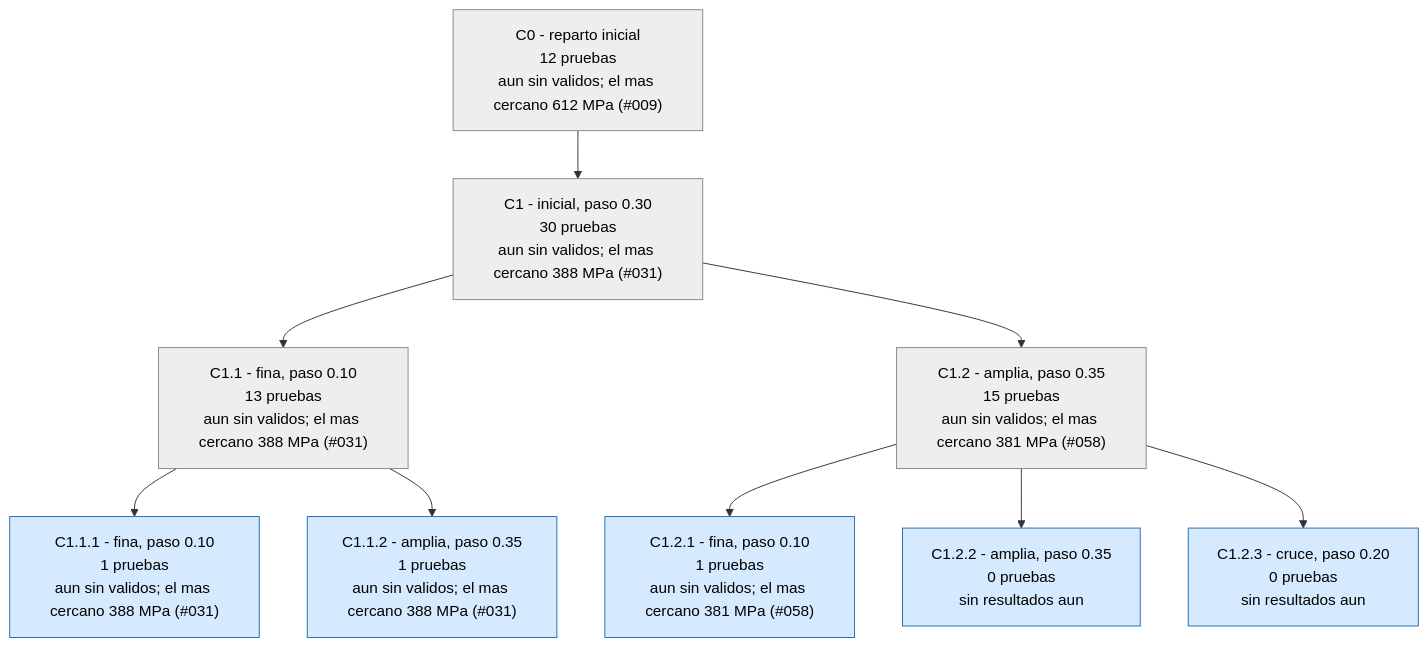
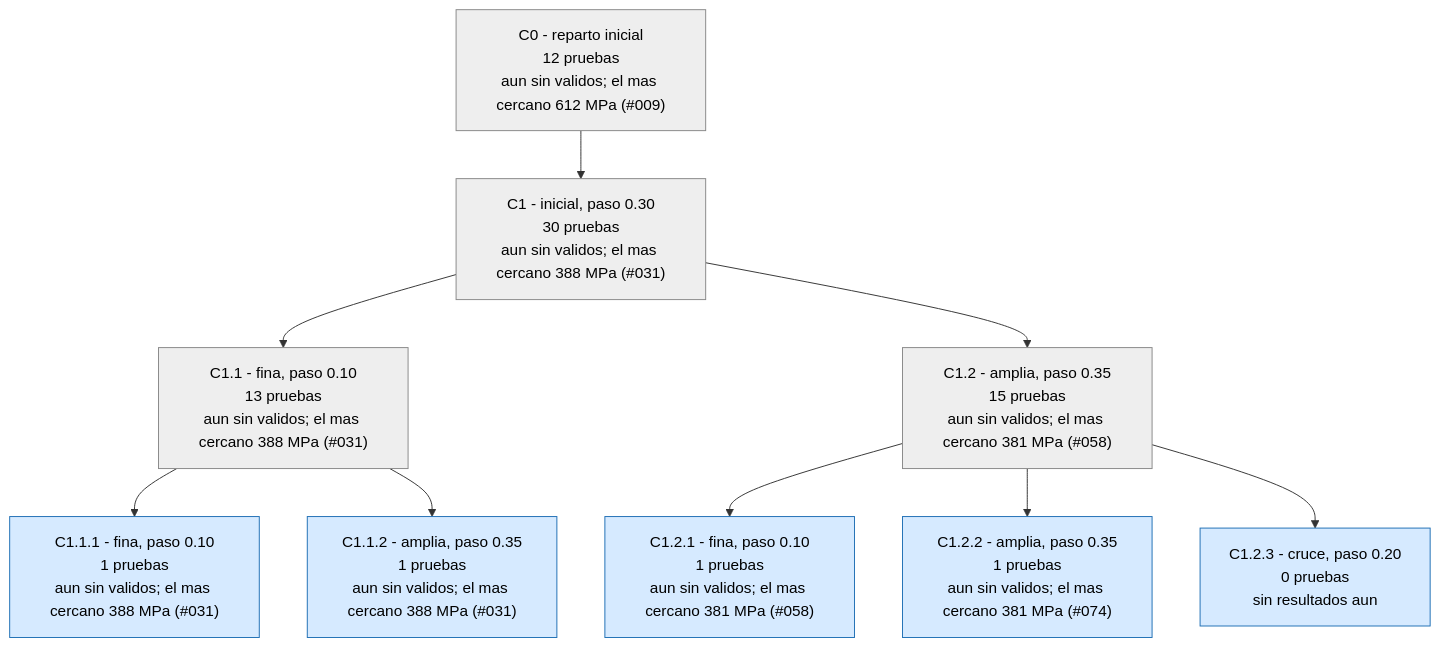
Before and after one commit to Hugiko/msd-soporte-optimizacion: the third of 4 diagrams in runs/opt_37800N/ARBOL.md, drawn with Mermaid. The commit also changed 16 other files, not shown here.

````diff
--- a/runs/opt_37800N/ARBOL.md
+++ b/runs/opt_37800N/ARBOL.md
@@ -75,23 +75,23 @@
 ```mermaid
 graph TD
 classDef activa fill:#d6eaff,stroke:#1f6fb5,color:#000
 classDef fin fill:#eeeeee,stroke:#888,color:#000
 classDef mejor fill:#c8f0c0,stroke:#1a9850,stroke-width:4px,color:#000
 C0["C0 - reparto inicial<br/>12 pruebas<br/>aun sin validos; el mas cercano 612 MPa (#009)"]:::fin
 C1["C1 - inicial, paso 0.30<br/>30 pruebas<br/>aun sin validos; el mas cercano 388 MPa (#031)"]:::fin
 C0 --> C1
 C1_1["C1.1 - fina, paso 0.10<br/>13 pruebas<br/>aun sin validos; el mas cercano 388 MPa (#031)"]:::fin
 C1 --> C1_1
 C1_2["C1.2 - amplia, paso 0.35<br/>15 pruebas<br/>aun sin validos; el mas cercano 381 MPa (#058)"]:::fin
 C1 --> C1_2
 C1_1_1["C1.1.1 - fina, paso 0.10<br/>1 pruebas<br/>aun sin validos; el mas cercano 388 MPa (#031)"]:::activa
 C1_1 --> C1_1_1
 C1_1_2["C1.1.2 - amplia, paso 0.35<br/>1 pruebas<br/>aun sin validos; el mas cercano 388 MPa (#031)"]:::activa
 C1_1 --> C1_1_2
 C1_2_1["C1.2.1 - fina, paso 0.10<br/>1 pruebas<br/>aun sin validos; el mas cercano 381 MPa (#058)"]:::activa
 C1_2 --> C1_2_1
-C1_2_2["C1.2.2 - amplia, paso 0.35<br/>0 pruebas<br/>sin resultados aun"]:::activa
+C1_2_2["C1.2.2 - amplia, paso 0.35<br/>1 pruebas<br/>aun sin validos; el mas cercano 381 MPa (#074)"]:::activa
 C1_2 --> C1_2_2
 C1_2_3["C1.2.3 - cruce, paso 0.20<br/>0 pruebas<br/>sin resultados aun"]:::activa
 C1_2 --> C1_2_3
 ```
````
